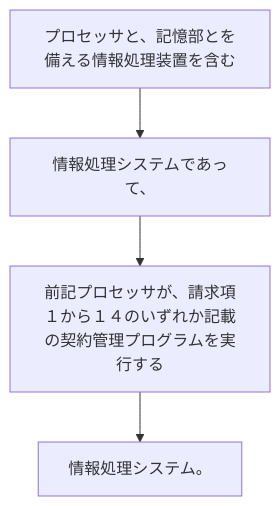
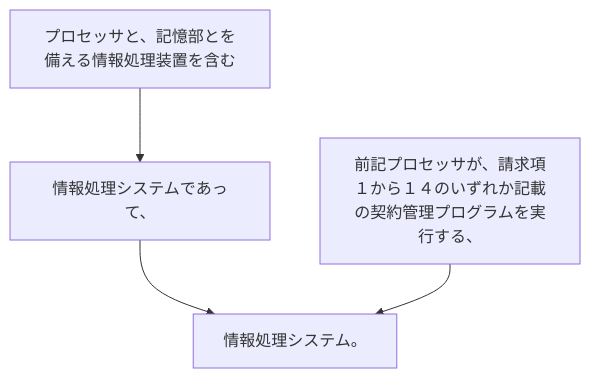
Before and after one commit to shinmori55/patent_analyzed: the diagram in 2024/JP2024014095A/claim_16/README.md, drawn with Mermaid. The commit also changed 27 other files, not shown here.

````diff
--- a/2024/JP2024014095A/claim_16/README.md
+++ b/2024/JP2024014095A/claim_16/README.md
@@ -4,10 +4,10 @@
 ```mermaid
 flowchart TD
 A[プロセッサと、記憶部とを備える情報処理装置を含む]
 B[情報処理システムであって、]
-C[前記プロセッサが、請求項１から１４のいずれか記載の契約管理プログラムを実行する]
+C[前記プロセッサが、請求項１から１４のいずれか記載の契約管理プログラムを実行する、]
 D[情報処理システム。]
 A --> B
-B --> C
+B --> D
 C --> D
 ```
````
